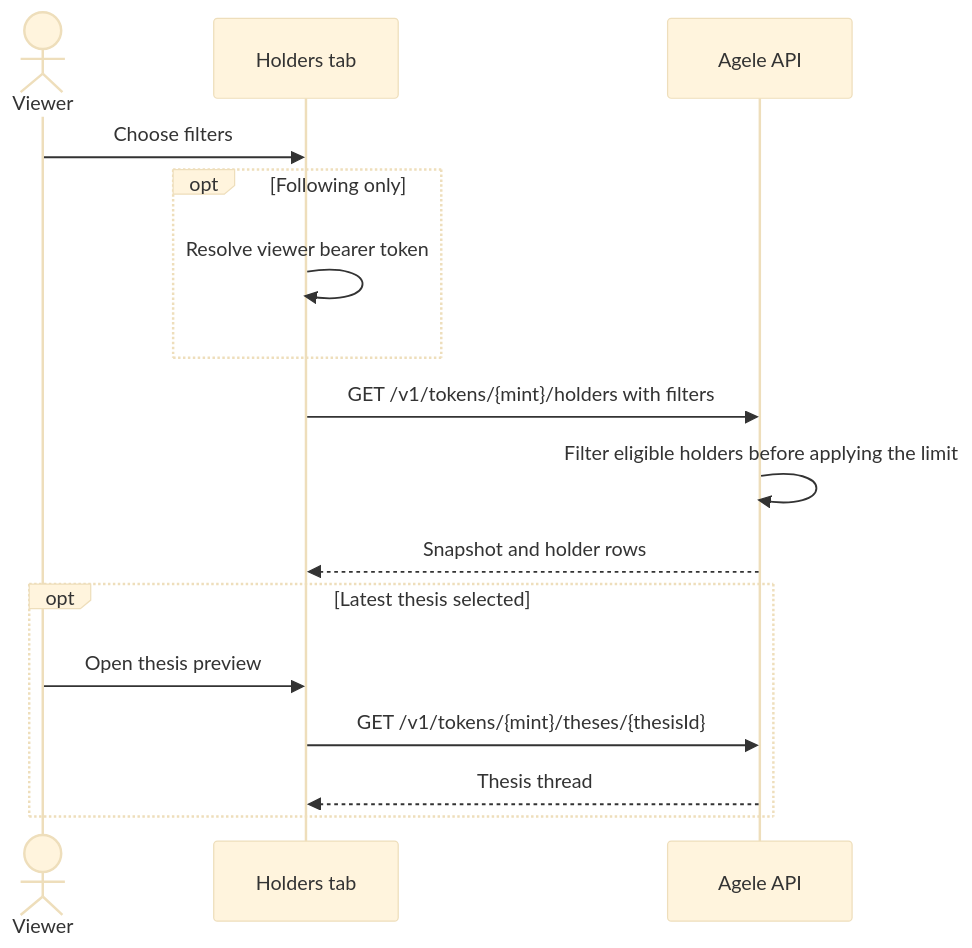
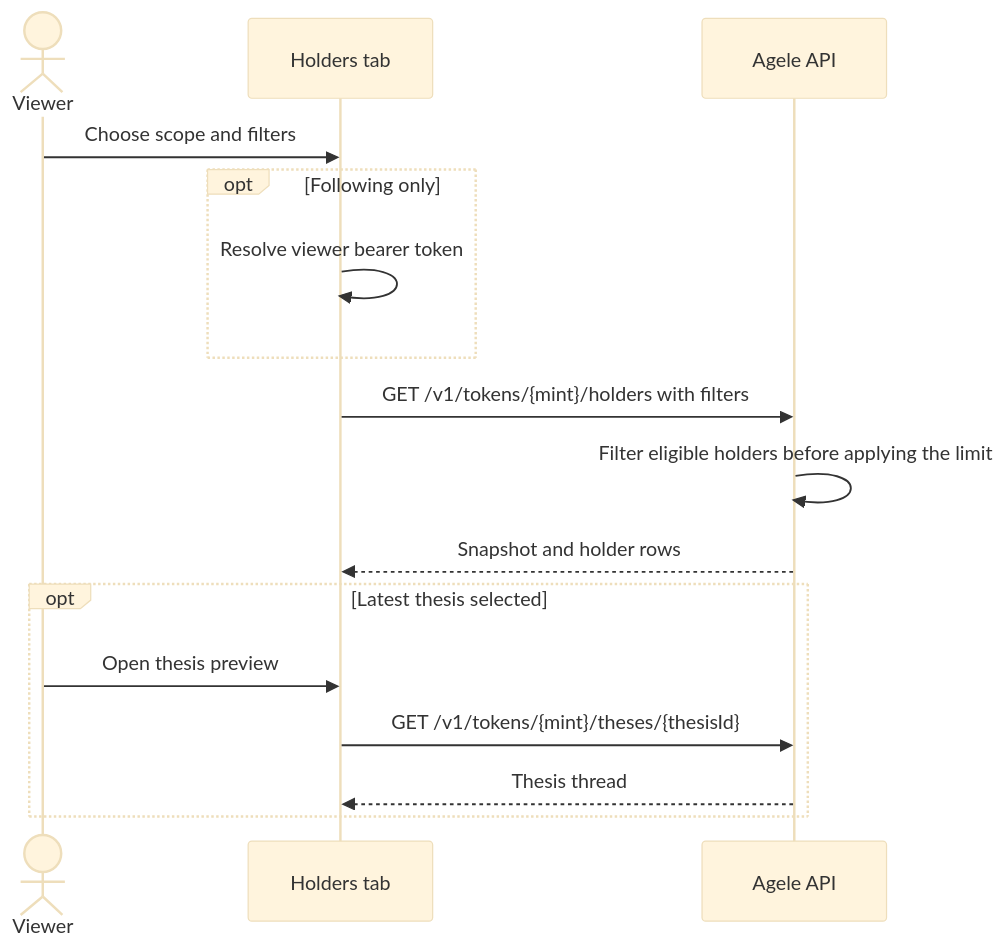
One commit to jog01/agele-web changed the second of 2 diagrams in docs/token-holders.md. Above: the diagram before and after it, drawn with Mermaid (base theme). The commit also changed other lines of this file and 8 other files, not shown here.

````diff
--- a/docs/token-holders.md
+++ b/docs/token-holders.md
@@ -19,18 +20,18 @@
 ```mermaid
 sequenceDiagram
   actor Viewer
   participant Panel as Holders tab
   participant API as Agele API
-  Viewer->>Panel: Choose filters
+  Viewer->>Panel: Choose scope and filters
   opt Following only
     Panel->>Panel: Resolve viewer bearer token
   end
   Panel->>API: GET /v1/tokens/{mint}/holders with filters
   API->>API: Filter eligible holders before applying the limit
   API-->>Panel: Snapshot and holder rows
   opt Latest thesis selected
     Viewer->>Panel: Open thesis preview
     Panel->>API: GET /v1/tokens/{mint}/theses/{thesisId}
     API-->>Panel: Thesis thread
   end
 ```
````
